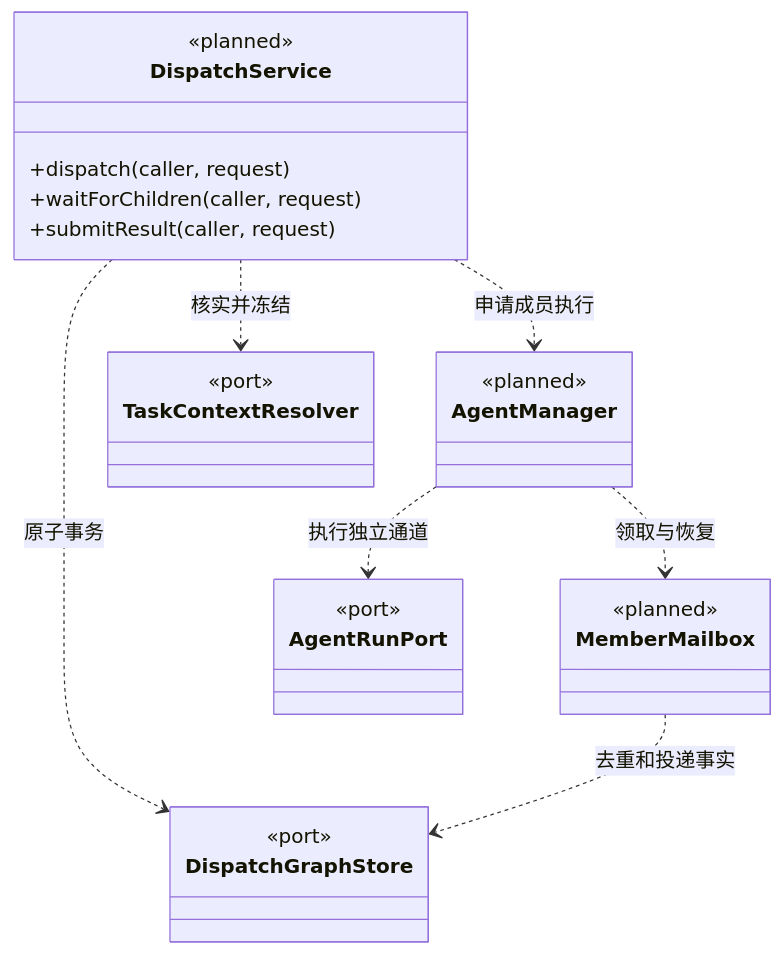
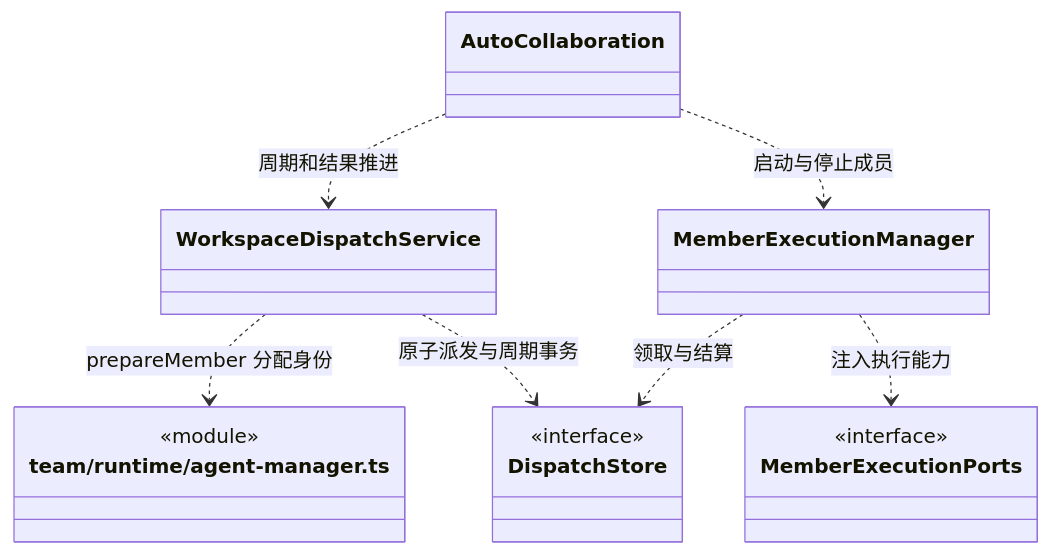
One commit to nan023062/cbim changed the third of 8 diagrams in src/logic/ARCHITECTURE.md. Above: the diagram before and after it, drawn with Mermaid. The commit also changed other lines of this file and 112 other files, not shown here.

Commit message:
docs: align source architecture with current declarations and contracts

````diff
--- a/src/logic/ARCHITECTURE.md
+++ b/src/logic/ARCHITECTURE.md
@@ -526,20 +448,15 @@
 ```mermaid
 classDiagram
-class DispatchService {
-  <<planned>>
-  +dispatch(caller, request)
-  +waitForChildren(caller, request)
-  +submitResult(caller, request)
-}
-class AgentManager { <<planned>> }
-class MemberMailbox { <<planned>> }
-class TaskContextResolver { <<port>> }
-class DispatchGraphStore { <<port>> }
-class AgentRunPort { <<port>> }
-DispatchService ..> TaskContextResolver : 核实并冻结
-DispatchService ..> DispatchGraphStore : 原子事务
-DispatchService ..> AgentManager : 申请成员执行
-AgentManager ..> MemberMailbox : 领取与恢复
-AgentManager ..> AgentRunPort : 执行独立通道
-MemberMailbox ..> DispatchGraphStore : 去重和投递事实
+class WorkspaceDispatchService
+class MemberExecutionManager
+class AutoCollaboration
+class DispatchStore { <<interface>> }
+class MemberExecutionPorts { <<interface>> }
+class AgentManagerModule["team/runtime/agent-manager.ts"] { <<module>> }
+WorkspaceDispatchService ..> AgentManagerModule : prepareMember 分配身份
+WorkspaceDispatchService ..> DispatchStore : 原子派发与周期事务
+MemberExecutionManager ..> DispatchStore : 领取与结算
+MemberExecutionManager ..> MemberExecutionPorts : 注入执行能力
+AutoCollaboration ..> WorkspaceDispatchService : 周期和结果推进
+AutoCollaboration ..> MemberExecutionManager : 启动与停止成员
 ```
````
